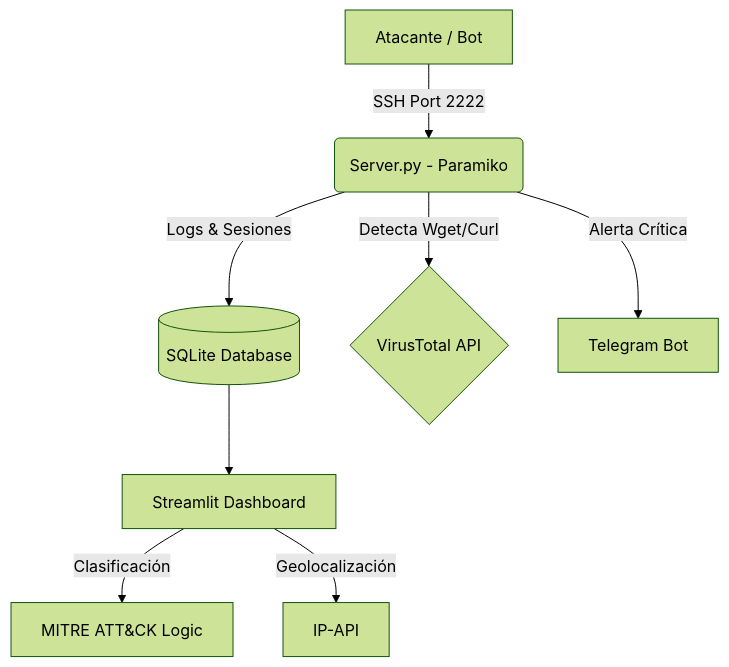
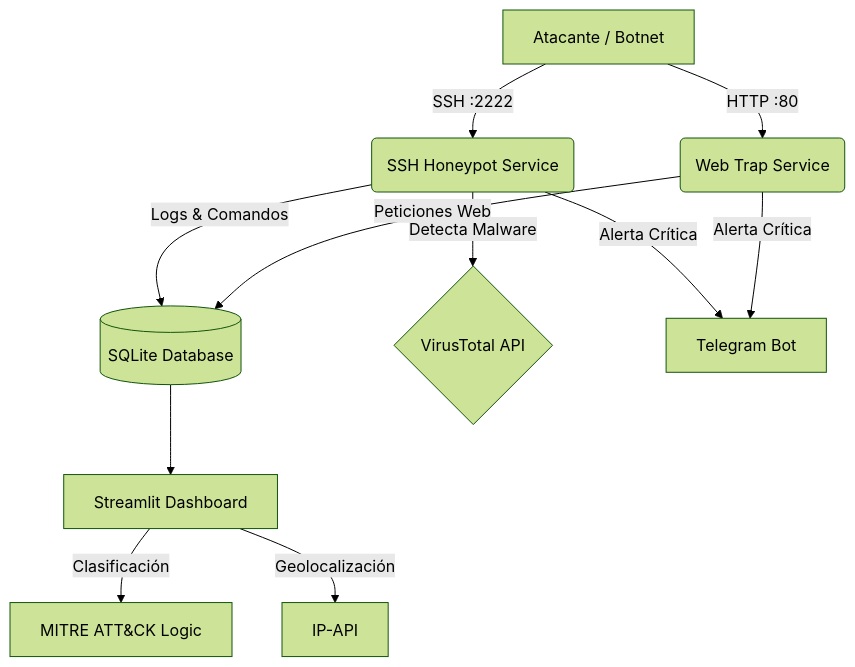
Before and after one commit to punga1078/ShadowShell: the diagram in README.md, drawn with Mermaid (forest theme). The commit also changed other lines of this file, not shown here.

````diff
--- a/README.md
+++ b/README.md
@@ -43,10 +39,15 @@
-```mermaid  
+```mermaid
 graph TD
-    A[Atacante / Bot] -->|SSH Port 2222| B(Server.py - Paramiko)
-    B -->|Logs & Sesiones| C[(SQLite Database)]
-    B -->|Detecta Wget/Curl| D{VirusTotal API}
-    B -->|Alerta Crítica| E[Telegram Bot]
-    C --> F[Streamlit Dashboard]
-    F -->|Clasificación| G[MITRE ATT&CK Logic]
-    F -->|Geolocalización| H[IP-API]
+    A[Atacante / Botnet] -->|SSH :2222| B(SSH Honeypot Service)
+    A -->|HTTP :80| C(Web Trap Service)
+    
+    B -->|Logs & Comandos| D[(SQLite Database)]
+    C -->|Peticiones Web| D
+    
+    B -->|Detecta Malware| E{VirusTotal API}
+    B & C -->|Alerta Crítica| F[Telegram Bot]
+    
+    D --> G[Streamlit Dashboard]
+    G -->|Clasificación| H[MITRE ATT&CK Logic]
+    G -->|Geolocalización| I[IP-API]
 ```
````
